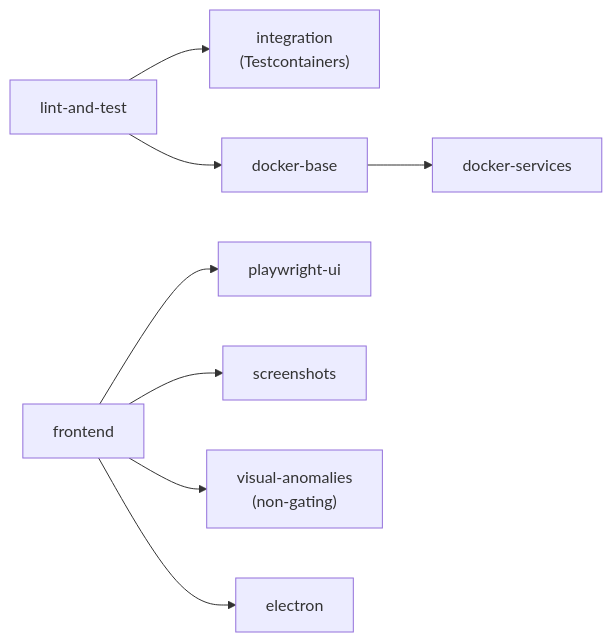
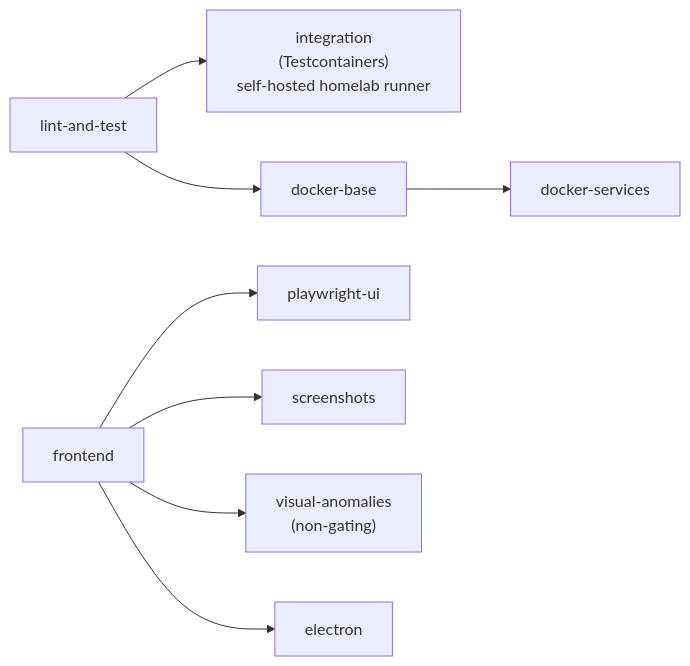
Before and after one commit to milesburton/veta-trading-platform: the third of 3 diagrams in docs/site/src/content/docs/development/testing/index.mdx, drawn with Mermaid. The commit also changed other lines of this file and 3 other files, not shown here.

First line of the commit message:
docs: document the homelab self-hosted CI runner (#617)

````diff
--- a/docs/site/src/content/docs/development/testing/index.mdx
+++ b/docs/site/src/content/docs/development/testing/index.mdx
@@ -147,9 +147,9 @@
 ```mermaid
 graph LR
-    LT["lint-and-test"] --> INT["integration<br/>(Testcontainers)"]
+    LT["lint-and-test"] --> INT["integration<br/>(Testcontainers)<br/>self-hosted homelab runner"]
     LT --> DB["docker-base"] --> DS["docker-services"]
     FE["frontend"] --> PW["playwright-ui"]
     FE --> SS["screenshots"]
     FE --> VA["visual-anomalies<br/>(non-gating)"]
     FE --> EL["electron"]
 ```
````
